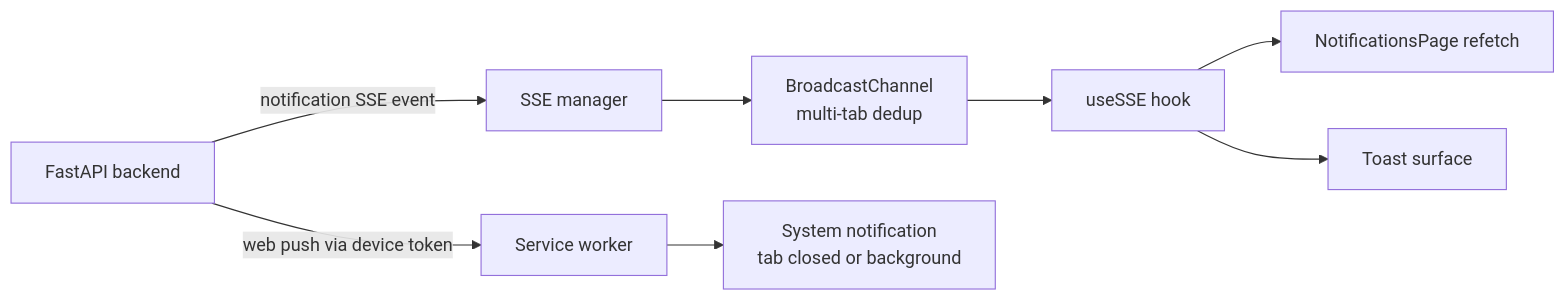
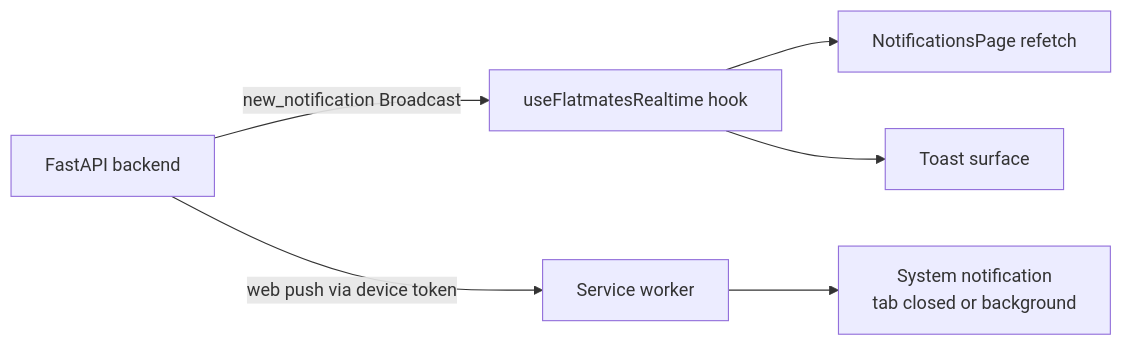
The diagram in .wiki/features/push-notifications.md (360ghar/360-flatmates-web), drawn with Mermaid before and after one commit. The commit also changed other lines of this file and 160 other files, not shown here.

````diff
--- a/.wiki/features/push-notifications.md
+++ b/.wiki/features/push-notifications.md
@@ -78,10 +78,8 @@
 ```mermaid
 graph LR
-    B["FastAPI backend"] -->|"notification SSE event"| S["SSE manager"]
+    B["FastAPI backend"] -->|"new_notification Broadcast"| H["useFlatmatesRealtime hook"]
     B -->|"web push via device token"| W["Service worker"]
-    S --> BC["BroadcastChannel<br/>multi-tab dedup"]
-    BC --> H["useSSE hook"]
     H --> N["NotificationsPage refetch"]
     H --> T["Toast surface"]
     W --> P["System notification<br/>tab closed or background"]
 ```
````
